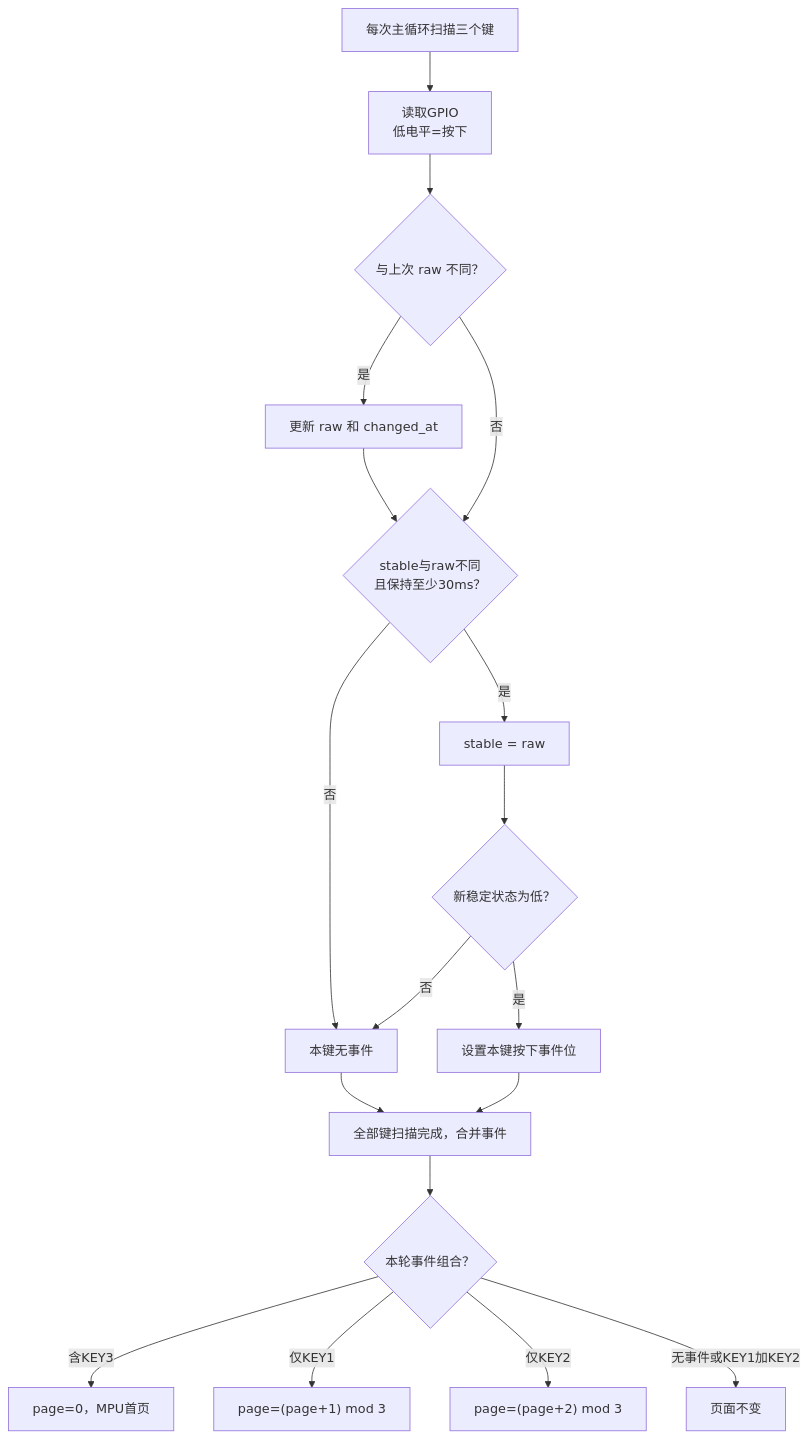
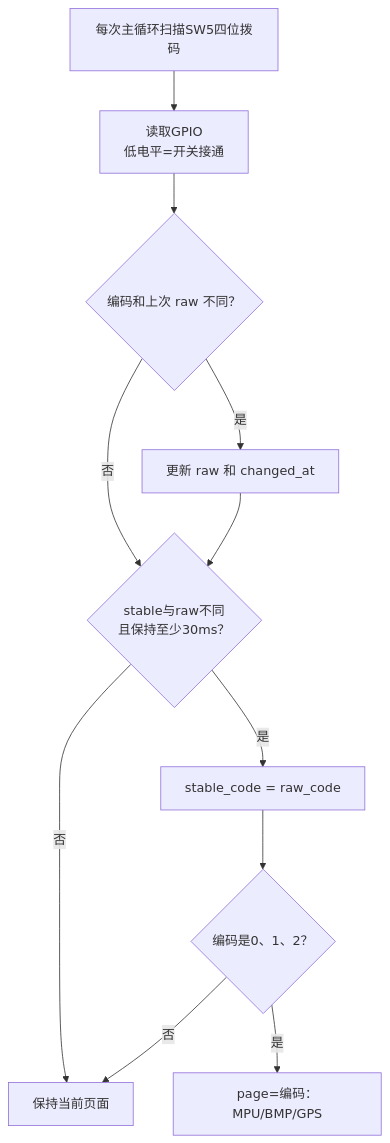
Before and after one commit to Killvinrie/quad: diagram 11 of 16 in software/docs/PROGRAM_FLOW.md, drawn with Mermaid. The commit also changed other lines of this file and 31 other files, not shown here.

Commit message:
fix page switch feature , the Button Debounce Circuit was like a shit !!!-----------Codex generate the initial controller code and add some controller code for f411 and esp32 but esp32 need to be configure and test, time to go to bed, guys

````diff
--- a/software/docs/PROGRAM_FLOW.md
+++ b/software/docs/PROGRAM_FLOW.md
@@ -353,20 +353,13 @@
 ```mermaid
 flowchart TD
-    A["每次主循环扫描三个键"] --> B["读取GPIO<br/>低电平=按下"]
-    B --> C{"与上次 raw 不同？"}
+    A["每次主循环扫描SW5四位拨码"] --> B["读取GPIO<br/>低电平=开关接通"]
+    B --> C{"编码和上次 raw 不同？"}
     C -- 是 --> D["更新 raw 和 changed_at"]
     C -- 否 --> E{"stable与raw不同<br/>且保持至少30ms？"}
     D --> E
     E -- 否 --> Z["本键无事件"]
-    E -- 是 --> F["stable = raw"]
-    F --> G{"新稳定状态为低？"}
-    G -- 否 --> Z
-    G -- 是 --> H["设置本键按下事件位"]
-    H --> I["全部键扫描完成，合并事件"]
-    Z --> I
-    I --> J{"本轮事件组合？"}
-    J -- 含KEY3 --> K["page=0，MPU首页"]
-    J -- 仅KEY1 --> L["page=(page+1) mod 3"]
-    J -- 仅KEY2 --> M["page=(page+2) mod 3"]
-    J -- 无事件或KEY1加KEY2 --> N["页面不变"]
+    E -- 是 --> F["stable_code = raw_code"]
+    F --> G{"编码是0、1、2？"}
+    G -- 否 --> Z["保持当前页面"]
+    G -- 是 --> H["page=编码：MPU/BMP/GPS"]
 ```
````
